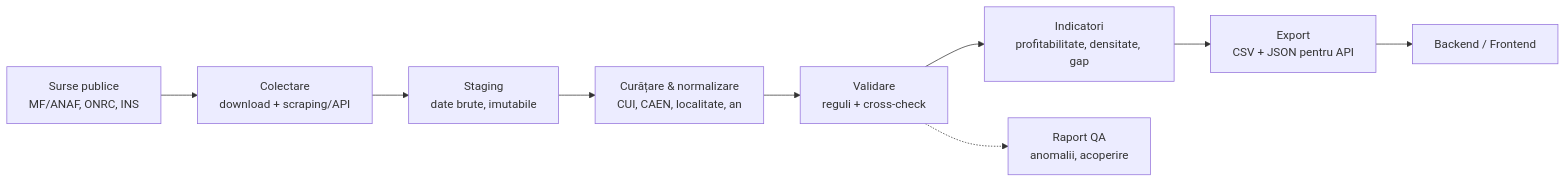
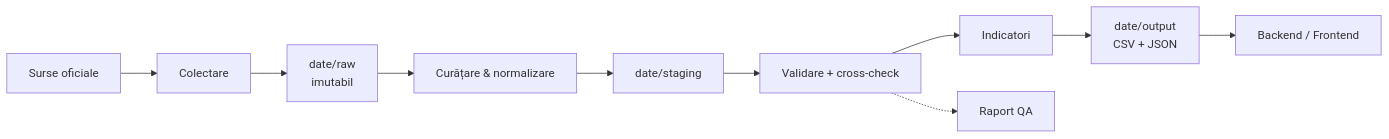
One commit to huravladut-web/Marketing changed the diagram in documentatie/README-data.md. Above: the diagram before and after it, drawn with Mermaid. The commit also changed other lines of this file, not shown here.

````diff
--- a/documentatie/README-data.md
+++ b/documentatie/README-data.md
@@ -110,11 +156,12 @@
 ```mermaid
 flowchart LR
-    A[Surse publice<br/>MF/ANAF, ONRC, INS] --> B[Colectare<br/>download + scraping/API]
-    B --> C[Staging<br/>date brute, imutabile]
-    C --> D[Curățare & normalizare<br/>CUI, CAEN, localitate, an]
-    D --> E[Validare<br/>reguli + cross-check]
-    E --> F[Indicatori<br/>profitabilitate, densitate, gap]
-    F --> G[Export<br/>CSV + JSON pentru API]
-    G --> H[Backend / Frontend]
-    E -.-> I[Raport QA<br/>anomalii, acoperire]
+    A[Surse oficiale] --> B[Colectare]
+    B --> C[date/raw<br/>imutabil]
+    C --> D[Curățare & normalizare]
+    D --> E[date/staging]
+    E --> F[Validare + cross-check]
+    F --> G[Indicatori]
+    G --> H[date/output<br/>CSV + JSON]
+    H --> I[Backend / Frontend]
+    F -.-> J[Raport QA]
 ```
````
